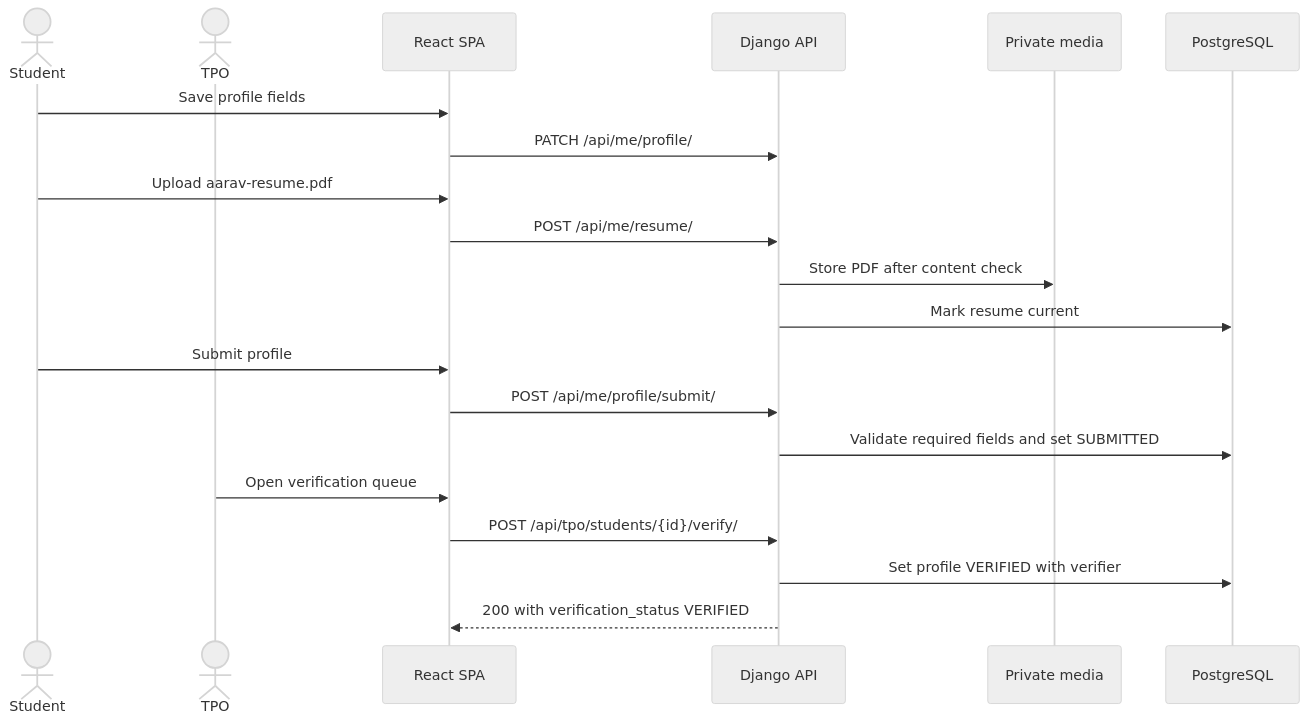
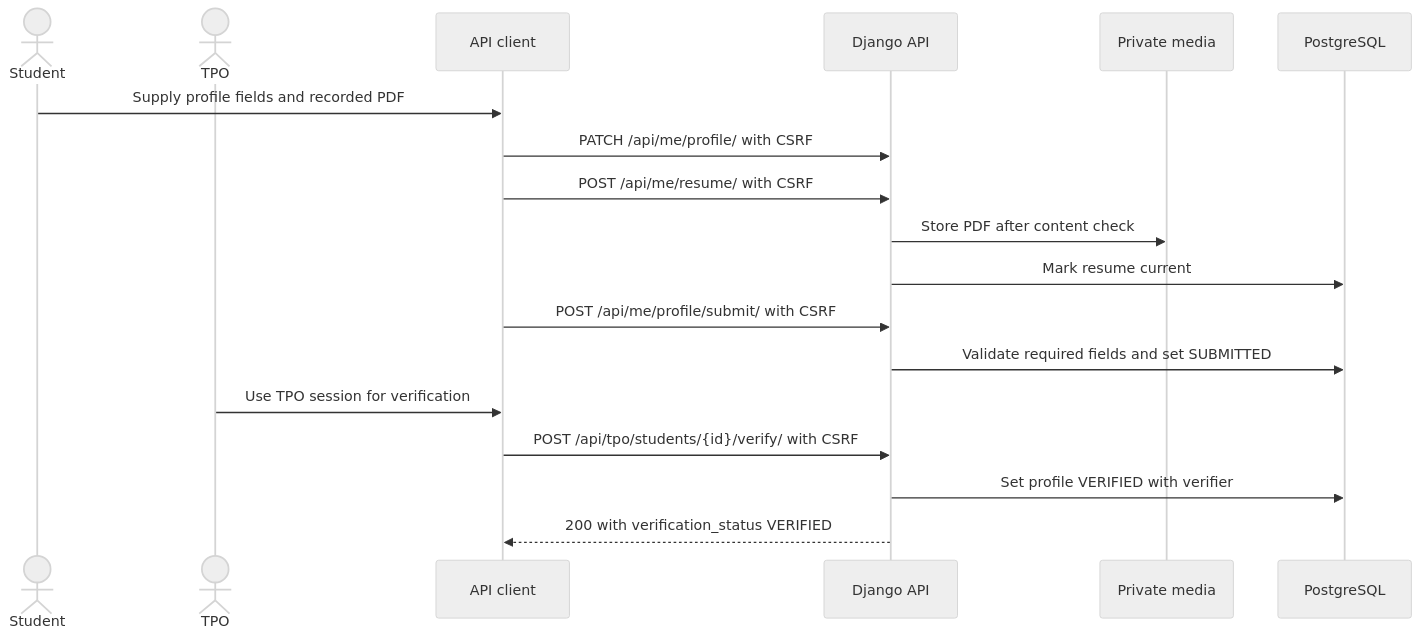
One commit to sukurcf/spec-campushire-placement-portal changed the fourth of 7 diagrams in docs/05-system-architecture.md. Above: the diagram before and after it, drawn with Mermaid (neutral theme). The commit also changed other lines of this file and 14 other files, not shown here.

````diff
--- a/docs/05-system-architecture.md
+++ b/docs/05-system-architecture.md
@@ -72,22 +69,20 @@
 ```mermaid
 sequenceDiagram
     actor Student
     actor TPO
-    participant SPA as React SPA
+    participant Client as API client
     participant API as Django API
     participant Media as Private media
     participant DB as PostgreSQL
-    Student->>SPA: Save profile fields
-    SPA->>API: PATCH /api/me/profile/
-    Student->>SPA: Upload aarav-resume.pdf
-    SPA->>API: POST /api/me/resume/
+    Student->>Client: Supply profile fields and recorded PDF
+    Client->>API: PATCH /api/me/profile/ with CSRF
+    Client->>API: POST /api/me/resume/ with CSRF
     API->>Media: Store PDF after content check
     API->>DB: Mark resume current
-    Student->>SPA: Submit profile
-    SPA->>API: POST /api/me/profile/submit/
+    Client->>API: POST /api/me/profile/submit/ with CSRF
     API->>DB: Validate required fields and set SUBMITTED
-    TPO->>SPA: Open verification queue
-    SPA->>API: POST /api/tpo/students/{id}/verify/
+    TPO->>Client: Use TPO session for verification
+    Client->>API: POST /api/tpo/students/{id}/verify/ with CSRF
     API->>DB: Set profile VERIFIED with verifier
-    API-->>SPA: 200 with verification_status VERIFIED
+    API-->>Client: 200 with verification_status VERIFIED
 ```
````
